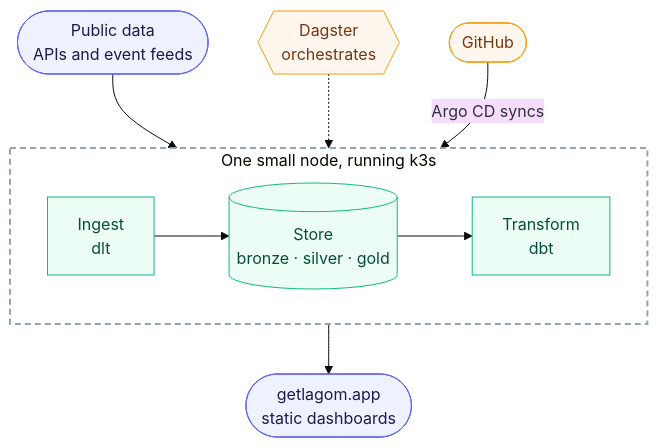
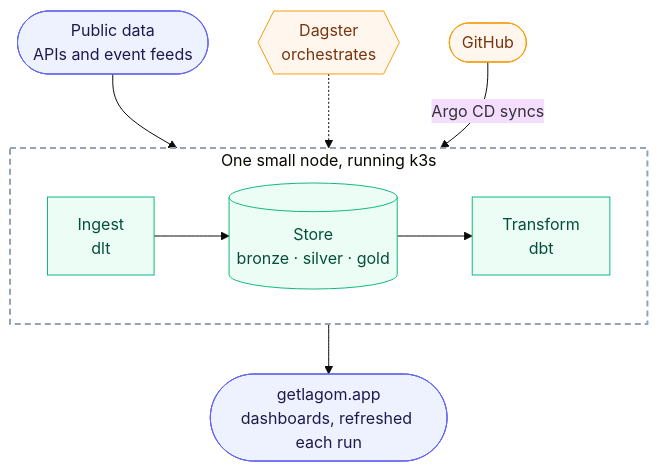
Before and after one commit to FilipeFantini/lagom-data-solutions: the diagram in README.md, drawn with Mermaid (base theme). The commit also changed other lines of this file, not shown here.

First line of the commit message:
docs(readme): dashboards are refreshed after each run, not frozen

````diff
--- a/README.md
+++ b/README.md
@@ -21,24 +21,24 @@
 ```mermaid
 flowchart TB
     src(["Public data<br/>APIs and event feeds"])
 
     subgraph node["One small node, running k3s"]
         direction LR
         ing["Ingest<br/>dlt"] --> store[("Store<br/>bronze · silver · gold")] --> dbt["Transform<br/>dbt"]
     end
 
-    site(["getlagom.app<br/>static dashboards"])
+    site(["getlagom.app<br/>dashboards, refreshed each run"])
 
     src --> node
     node --> site
     dag{{"Dagster<br/>orchestrates"}} -.-> node
     git(["GitHub"]) -- "Argo CD syncs" --> node
 
     classDef ext fill:#eef2ff,stroke:#6366f1,color:#1e1b4b
     classDef core fill:#ecfdf5,stroke:#10b981,color:#064e3b
     classDef side fill:#fff7ed,stroke:#f59e0b,color:#78350f
     class src,site ext
     class ing,store,dbt core
     class dag,git side
     style node fill:transparent,stroke:#94a3b8,stroke-width:2px,stroke-dasharray:6 4
 ```
````
